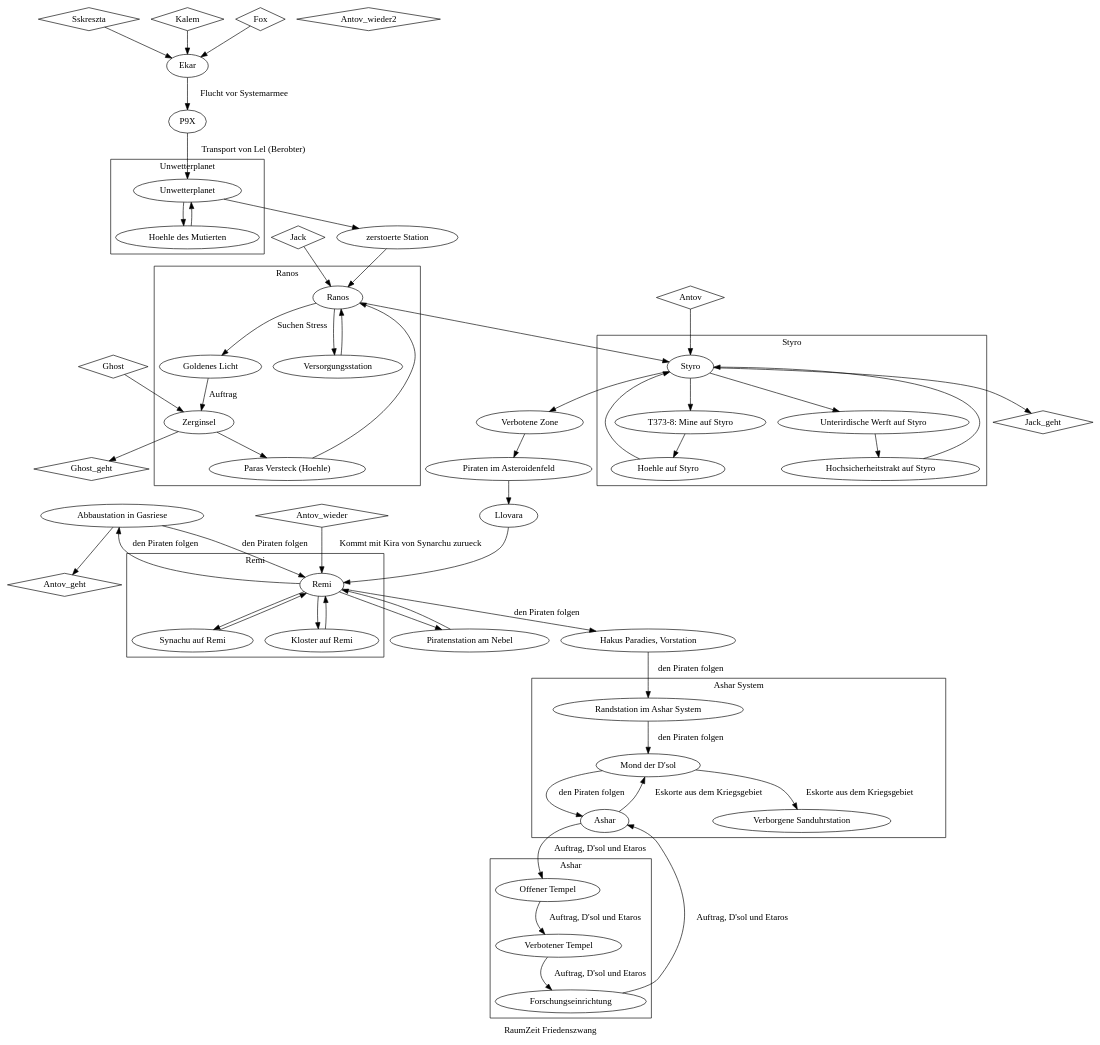
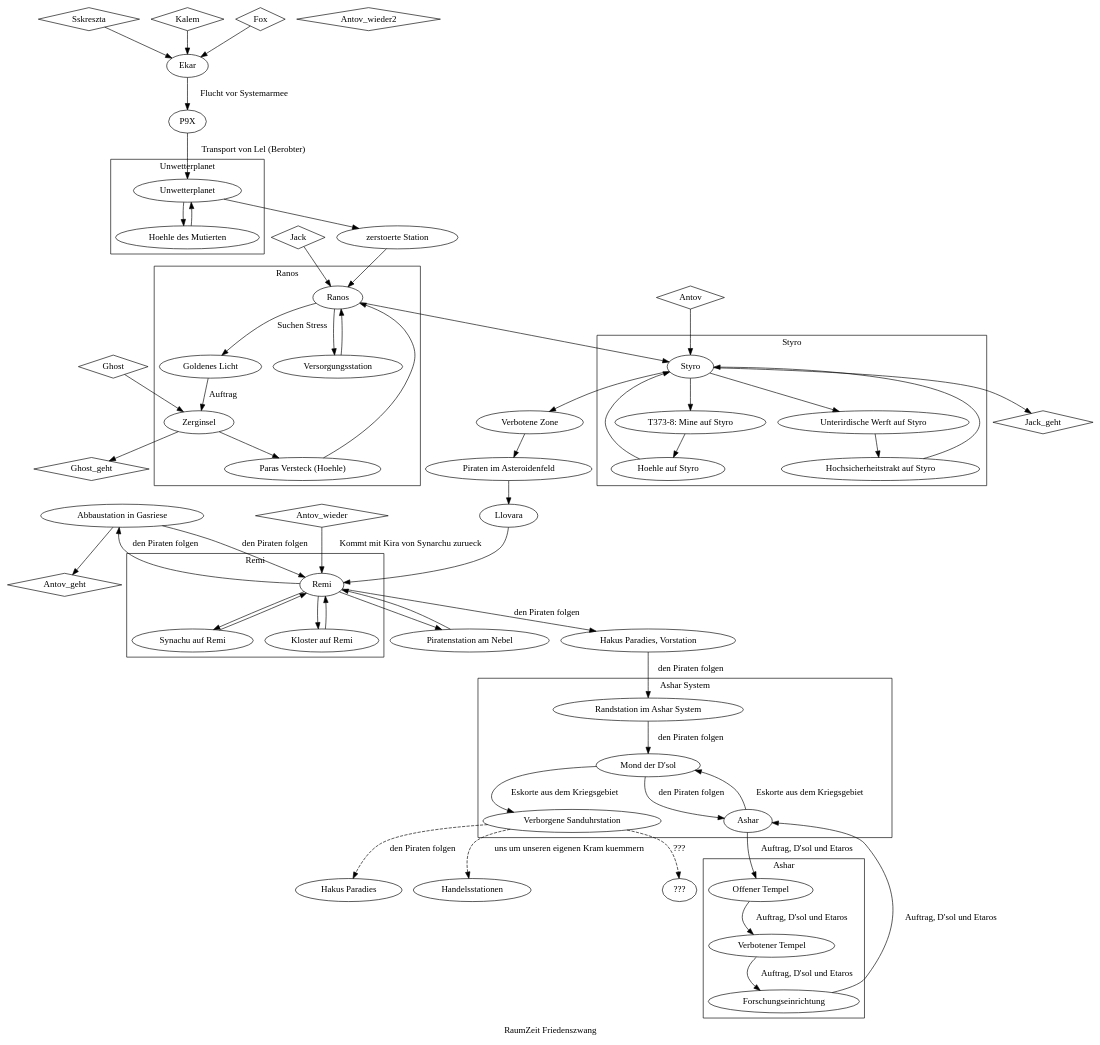
Before and after one commit to vaibhav-gupt/Hg: the diagram in RaumZeit/Charaktere/Sskreszta/stationen_unserer_reise.dot, drawn with Graphviz.

Commit message:
Sskreszta-Log: Stationen unserer Reise: De moeglichen weiteren Weg eingefuegt.

```diff
--- a/RaumZeit/Charaktere/Sskreszta/stationen_unserer_reise.dot
+++ b/RaumZeit/Charaktere/Sskreszta/stationen_unserer_reise.dot
@@ -1,84 +1,87 @@
 digraph G {
     name = "RaumZeit Friedenszwang"
     label = "RaumZeit Friedenszwang"
     // Personen
     node [shape="diamond"] Sskreszta; Kalem; Fox; Jack; Jack_geht; Ghost; Ghost_geht; Antov; Antov_geht; Antov_wieder; Antov_wieder2
     
     node [shape=""]
     // dazugestoßen 
     Sskreszta -> Ekar
     Kalem -> Ekar
     Fox -> Ekar
     Jack -> Ranos
     Ghost -> Zerginsel 
     Antov -> Styro
     
     // verlassen
     Zerginsel -> Ghost_geht
     Styro -> Jack_geht
     "Abbaustation in Gasriese" -> Antov_geht
 
     // wiedergekommen
     edge [label="Kommt mit Kira von Synarchu zurueck"]
     Antov_wieder -> Remi
     
     // Der Weg
     edge [label="Flucht vor Systemarmee"] Ekar -> P9X 
     edge [label="Transport von Lel (Berobter)"] P9X -> Unwetterplanet
     edge [label=""]
     Unwetterplanet -> "zerstoerte Station" -> Ranos -> Styro -> "Verbotene Zone" -> "Piraten im Asteroidenfeld" -> Llovara -> Remi -> "Piratenstation am Nebel" -> Remi
 
     edge [label="den Piraten folgen"] Remi -> "Abbaustation in Gasriese" -> Remi
     Remi -> "Hakus Paradies, Vorstation" -> "Randstation im Ashar System"
 
     // Wie es weitergehen koennte. 
     edge [style="dashed"]
+    edge [label="den Piraten folgen"] "Verborgene Sanduhrstation" -> "Hakus Paradies"
+    edge [label="uns um unseren eigenen Kram kuemmern"] "Verborgene Sanduhrstation" -> "Handelsstationen"
+    edge [label="???"] "Verborgene Sanduhrstation" -> "???"
     
     edge [label="" style=""]
     // Beschreibungen
         
         // Ereignisse auf dem Unwetterplaneten
         subgraph cluster0 {
             name = Unwetterplanet
             label = Unwetterplanet
             Unwetterplanet -> "Hoehle des Mutierten" -> Unwetterplanet
         }
         
         // Ereignisse in Ranos
         subgraph cluster1 {
             name = Ranos
             label = Ranos
             edge [label="Suchen Stress"]Ranos -> "Goldenes Licht"
             edge [label="Auftrag"] "Goldenes Licht" -> Zerginsel
             edge [label=""] Zerginsel -> "Paras Versteck (Hoehle)" -> Ranos -> Versorgungsstation -> Ranos
         }
         
         // Ereignisse in Styro
         subgraph cluster2 {
             name = Styro
             label = Styro
             Styro -> "T373-8: Mine auf Styro" ->  "Hoehle auf Styro" -> Styro -> "Unterirdische Werft auf Styro" -> "Hochsicherheitstrakt auf Styro" -> Styro 
         }
         
         // Ereignisse auf Remi
         subgraph cluster3 { 
             name = Remi
             label = Remi
             Remi -> "Synachu auf Remi" -> Remi -> "Kloster auf Remi" -> Remi
         }
 
         // Ereignisse bei Ashar
         subgraph cluster4 { 
             name = "Ashar System"
             label = "Ashar System"
             edge [label="den Piraten folgen"] "Randstation im Ashar System" -> "Mond der D'sol" -> "Ashar" 
             edge [label="Eskorte aus dem Kriegsgebiet"] Ashar -> "Mond der D'sol" -> "Verborgene Sanduhrstation"
         }
 
         // Ereignisse auf Ashar
         subgraph cluster5 { 
             name = "Ashar"
             label = "Ashar"
             edge [label="Auftrag, D'sol und Etaros"] Ashar -> "Offener Tempel" -> "Verbotener Tempel" -> Forschungseinrichtung -> Ashar
         }
 }
```
